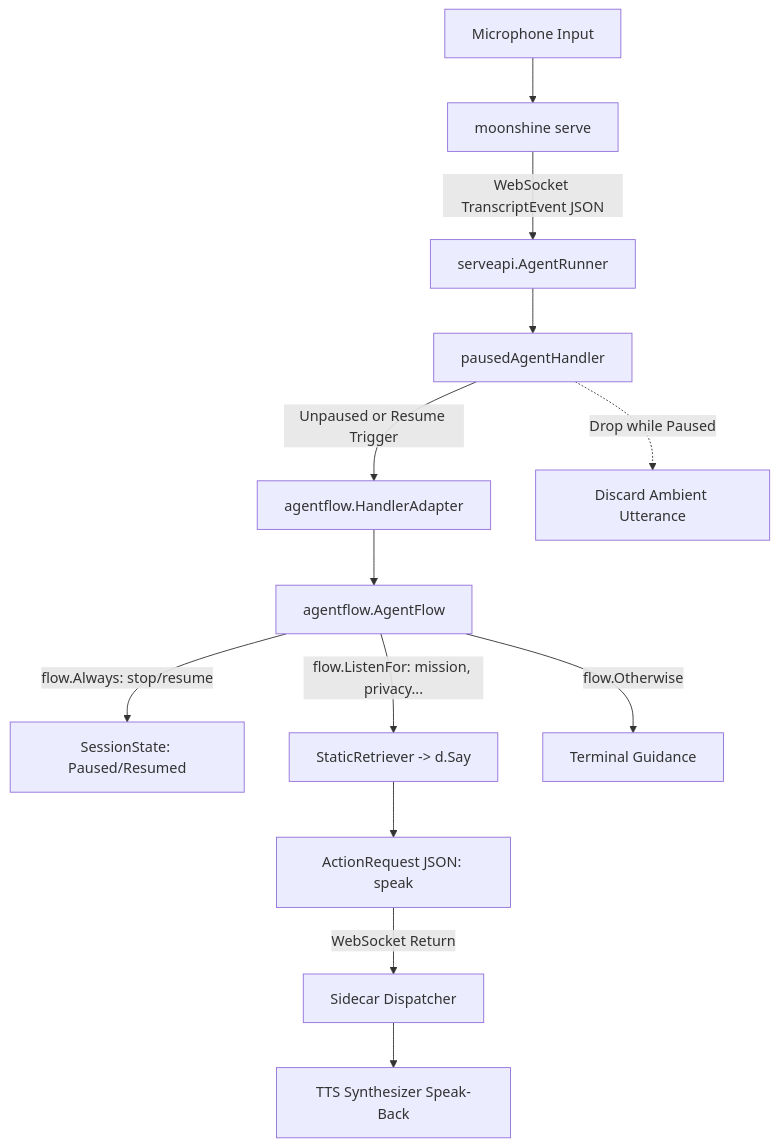
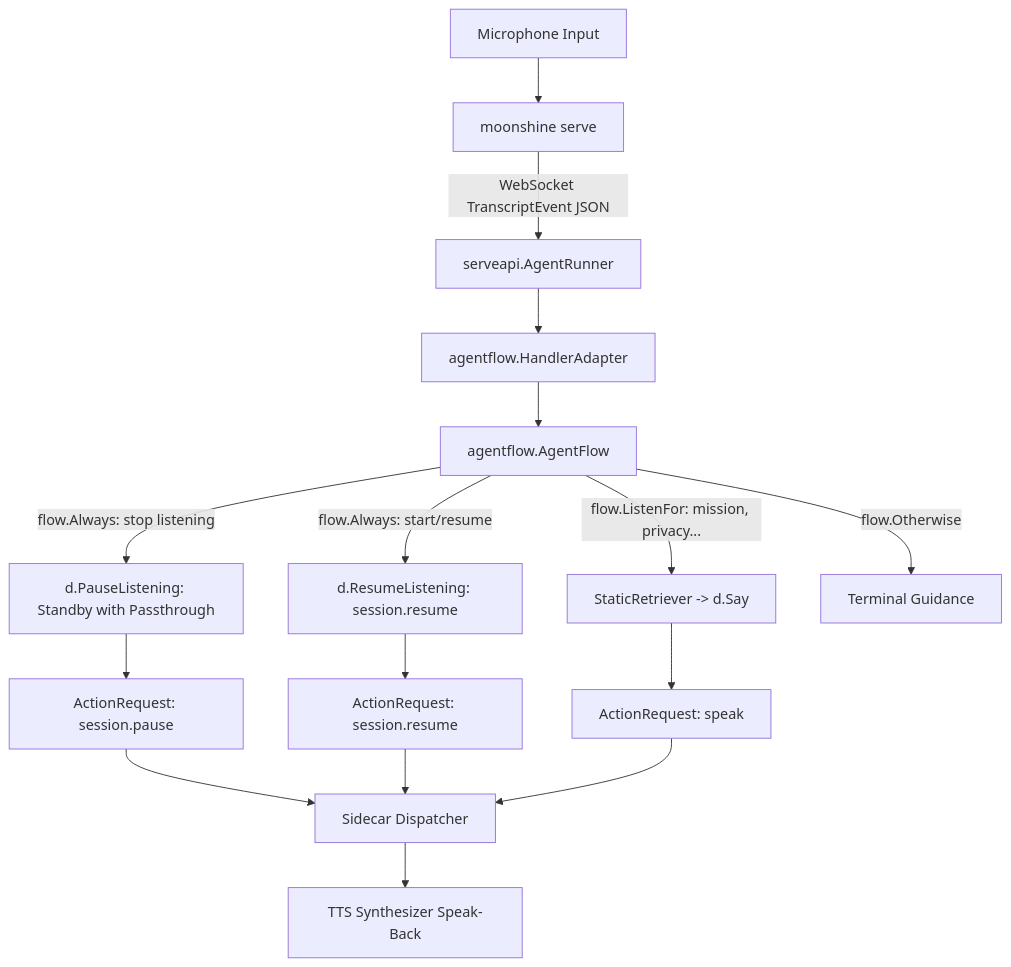
The diagram in samples/go-cascade-faq/README.md (ghchinoy/moonshine-go), drawn with Mermaid before and after one commit. The commit also changed other lines of this file and 11 other files, not shown here.

First line of the commit message:
feat(samples): adopt native server standby and Dialog.PauseListening (#xdme) (#53)

````diff
--- a/samples/go-cascade-faq/README.md
+++ b/samples/go-cascade-faq/README.md
@@ -53,17 +53,20 @@
 ```mermaid
 flowchart TD
     Mic[Microphone Input] --> Serve[moonshine serve]
     Serve -->|WebSocket TranscriptEvent JSON| Runner[serveapi.AgentRunner]
-    Runner --> PausedGate[pausedAgentHandler]
-    PausedGate -->|Unpaused or Resume Trigger| Adapter[agentflow.HandlerAdapter]
-    PausedGate -.->|Drop while Paused| Discard[Discard Ambient Utterance]
+    Runner --> Adapter[agentflow.HandlerAdapter]
     Adapter --> Flow[agentflow.AgentFlow]
 
-    Flow -->|flow.Always: stop/resume| PauseCtrl[SessionState: Paused/Resumed]
+    Flow -->|flow.Always: stop listening| Pause[d.PauseListening: Standby with Passthrough]
+    Flow -->|flow.Always: start/resume| Resume[d.ResumeListening: session.resume]
     Flow -->|flow.ListenFor: mission, privacy...| Ret[StaticRetriever -> d.Say]
     Flow -->|flow.Otherwise| Guide[Terminal Guidance]
 
-    Ret --> Action[ActionRequest JSON: speak]
-    Action -->|WebSocket Return| Dispatcher[Sidecar Dispatcher]
+    Pause --> Action[ActionRequest: session.pause]
+    Resume --> Action2[ActionRequest: session.resume]
+    Ret --> Action3[ActionRequest: speak]
+    Action --> Dispatcher[Sidecar Dispatcher]
+    Action2 --> Dispatcher
+    Action3 --> Dispatcher
     Dispatcher --> TTS[TTS Synthesizer Speak-Back]
 ```
````
